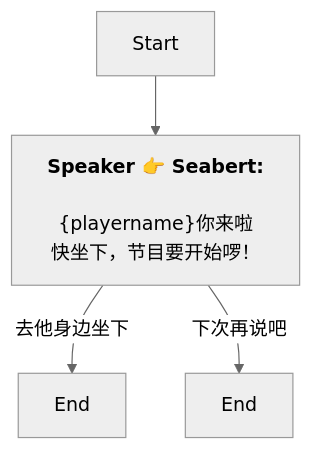
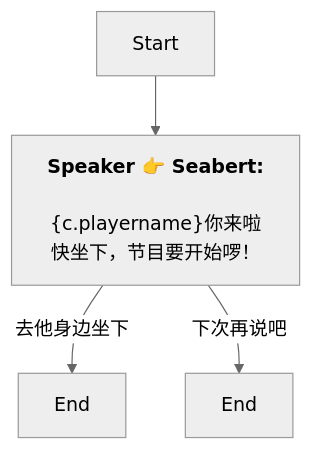
One commit to SoftHu/tos_avg changed the diagram in Zh/QuestStartTalkENode_1753932806842204.md. Above: the diagram before and after it, drawn with Mermaid (neutral theme). The commit also changed 410 other files, not shown here.

````diff
--- a/Zh/QuestStartTalkENode_1753932806842204.md
+++ b/Zh/QuestStartTalkENode_1753932806842204.md
@@ -1,9 +1,9 @@
 ```mermaid
 graph
 Start -->1753932836608863[<b>Speaker 👉 Seabert:</b>
-\n&lbrace;playername&rbrace;你来啦
+\n&lbrace;c.playername&rbrace;你来啦
 快坐下，节目要开始啰！]
 1753932836608863 -->|去他身边坐下|1753933123549030[End]
 1753932836608863 -->|下次再说吧|1753933129887591[End]
 
 ```
````
